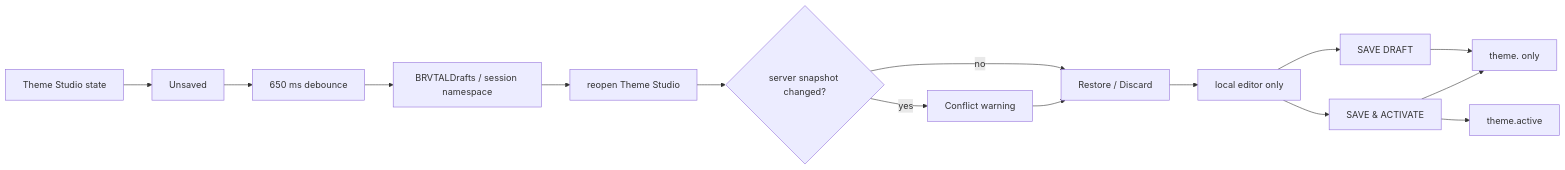
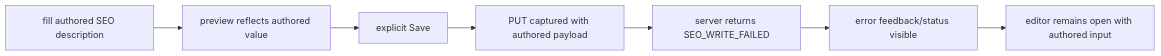
The diagram in README.md (pl0n3r/brvtal), drawn with Mermaid before and after one commit. The commit also changed other lines of this file and 1 other file, not shown here.

First line of the commit message:
test(seo): stabilize failed-save retry E2E

````diff
--- a/README.md
+++ b/README.md
@@ -45,17 +44,9 @@
 ```mermaid
 flowchart LR
-  T["Theme Studio state"] --> U["Unsaved"]
-  U --> D["650 ms debounce"]
-  D --> L["BRVTALDrafts / session namespace"]
-  L --> R["reopen Theme Studio"]
-  R --> C{"server snapshot changed?"}
-  C -- no --> X["Restore / Discard"]
-  C -- yes --> W["Conflict warning"]
-  W --> X
-  X --> F["local editor only"]
-  F --> S["SAVE DRAFT"]
-  F --> A["SAVE & ACTIVATE"]
-  S --> P["theme.<slug> only"]
-  A --> P
-  A --> Q["theme.active"]
+  E["fill authored SEO description"] --> P["preview reflects authored value"]
+  P --> S["explicit Save"]
+  S --> W["PUT captured with authored payload"]
+  W --> F["server returns SEO_WRITE_FAILED"]
+  F --> U["error feedback/status visible"]
+  U --> R["editor remains open with authored input"]
 ```
````
